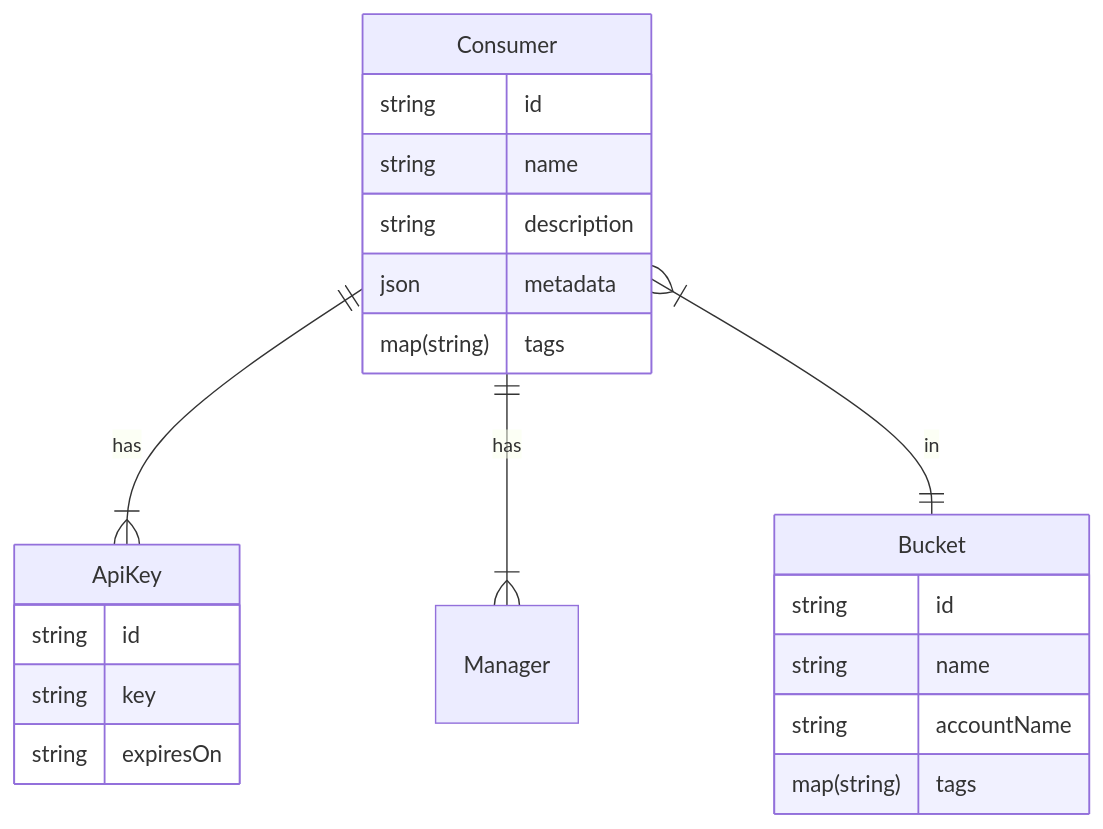
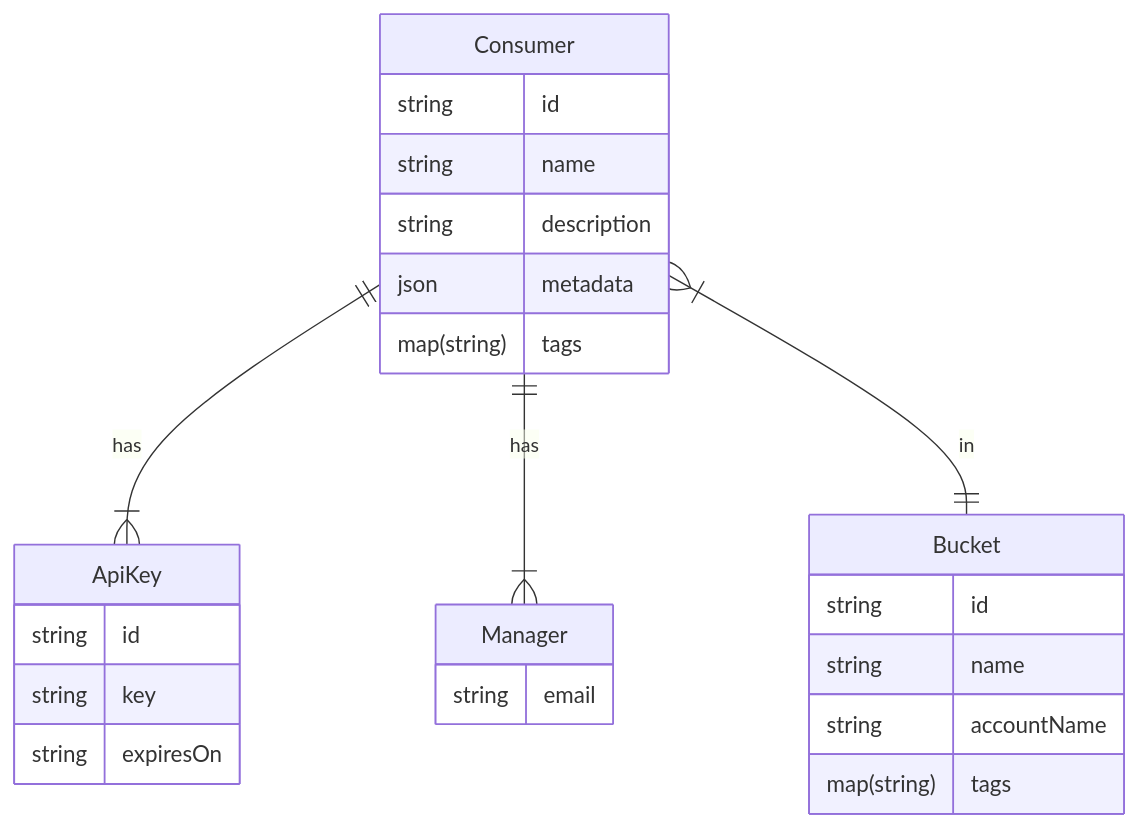
Before and after one commit to zuplo/docs: the diagram in docs/articles/api-key-api.md, drawn with Mermaid. The commit also changed 5 other files, not shown here.

````diff
--- a/docs/articles/api-key-api.md
+++ b/docs/articles/api-key-api.md
@@ -34,25 +34,28 @@
 ```mermaid
 erDiagram
     Consumer ||--|{ ApiKey : has
     Consumer ||--|{ Manager : has
     Consumer }|--|| Bucket   : in
 
     Bucket {
         string id
         string name
         string accountName
         map(string) tags
     }
     Consumer {
         string id
         string name
         string description
         json metadata
         map(string) tags
     }
     ApiKey {
         string id
         string key
         string expiresOn
     }
+    Manager {
+      string email
+    }
 ```
````
